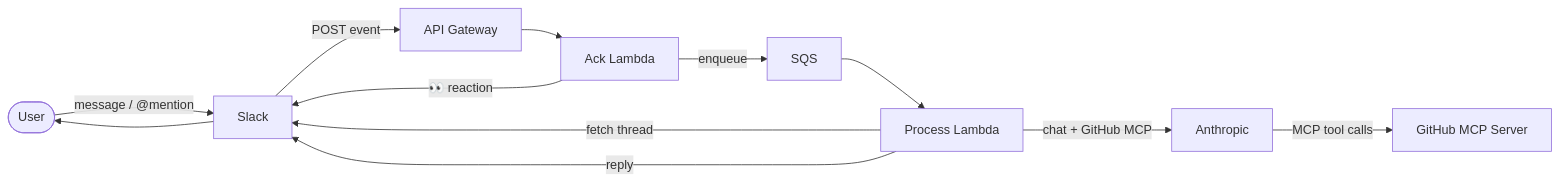
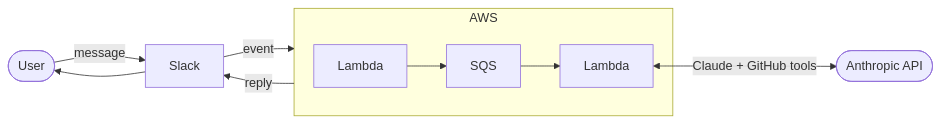
Before and after one commit to alecryan88/slack_bot: the first of 2 diagrams in README.md, drawn with Mermaid.

````diff
--- a/README.md
+++ b/README.md
@@ -7,14 +7,13 @@
 ```mermaid
 flowchart LR
-    User([User]) -->|message / @mention| Slack
-    Slack -->|POST event| APIGW[API Gateway]
-    APIGW --> AckLambda[Ack Lambda]
-    AckLambda -->|👀 reaction| Slack
-    AckLambda -->|enqueue| SQS
-    SQS --> ProcessLambda[Process Lambda]
-    ProcessLambda -->|fetch thread| Slack
-    ProcessLambda -->|chat + GitHub MCP| Anthropic
-    Anthropic -->|MCP tool calls| GitHub[GitHub MCP Server]
-    ProcessLambda -->|reply| Slack
+    User([User]) -->|message| Slack
+    Slack -->|event| AWS
+    AWS -->|reply| Slack
     Slack --> User
+
+    subgraph AWS
+        Lambda --> SQS --> Lambda2[Lambda]
+    end
+
+    Lambda2 <-->|Claude + GitHub tools| Anthropic([Anthropic API])
 ```
````
